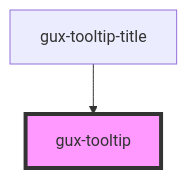
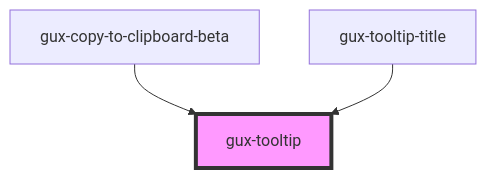
Before and after one commit to MyPureCloud/genesys-spark: the diagram in src/components/stable/gux-tooltip/readme.md, drawn with Mermaid. The commit also changed other lines of this file and 15 other files, not shown here.

Commit message:
feat(gux-copy-to-clipboard-beta): add gux-copy-to-clipboard-beta component

````diff
--- a/src/components/stable/gux-tooltip/readme.md
+++ b/src/components/stable/gux-tooltip/readme.md
@@ -70,5 +72,6 @@
 ```mermaid
 graph TD;
+  gux-copy-to-clipboard-beta --> gux-tooltip
   gux-tooltip-title --> gux-tooltip
   style gux-tooltip fill:#f9f,stroke:#333,stroke-width:4px
 ```
````
